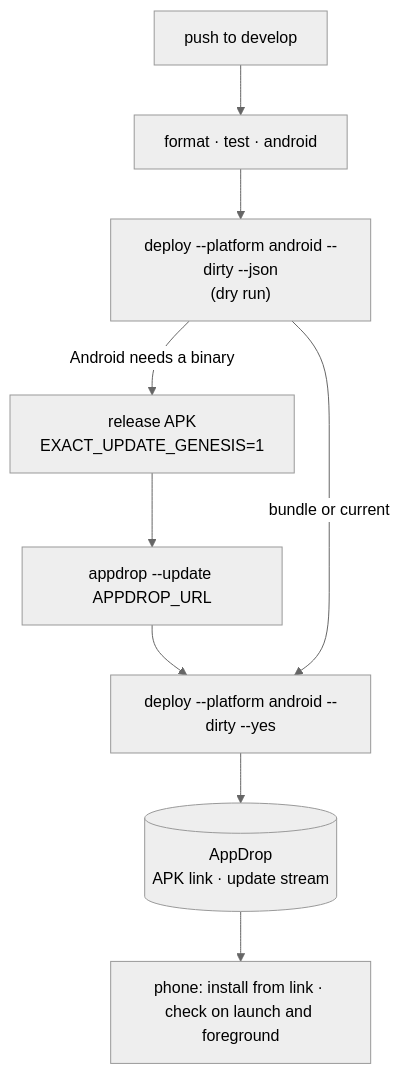
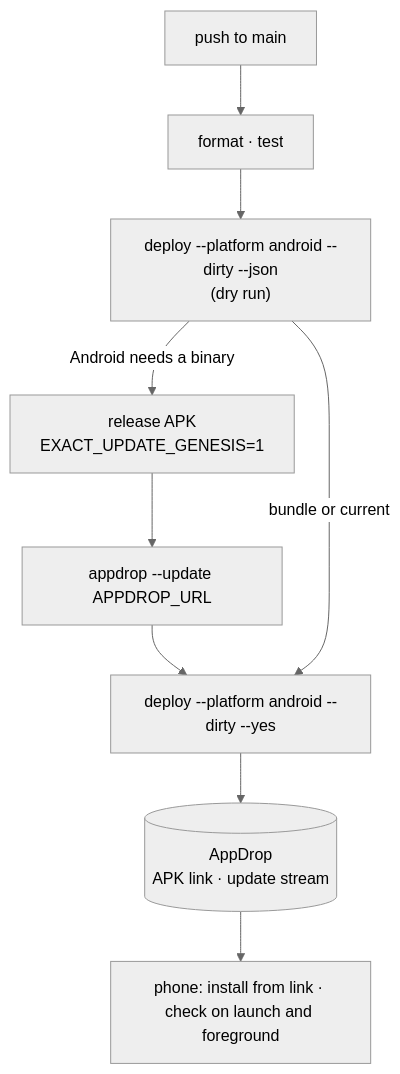
One commit to antoine-bouteiller/koma changed the diagram in doc/architecture/specs/distribution.spec.md. Above: the diagram before and after it, drawn with Mermaid (neutral theme). The commit also changed other lines of this file and 3 other files, not shown here.

````diff
--- a/doc/architecture/specs/distribution.spec.md
+++ b/doc/architecture/specs/distribution.spec.md
@@ -56,11 +57,11 @@
 ```mermaid
 flowchart TB
-  P["push to develop"] --> G["format · test · android"]
+  P["push to main"] --> G["format · test"]
   G --> D["deploy --platform android --dirty --json<br/>(dry run)"]
   D -->|"Android needs a binary"| B["release APK<br/>EXACT_UPDATE_GENESIS=1"]
   B --> U["appdrop --update APPDROP_URL"]
   U --> Y["deploy --platform android --dirty --yes"]
   D -->|"bundle or current"| Y
   Y --> A[("AppDrop<br/>APK link · update stream")]
   A --> Ph["phone: install from link · check on launch and foreground"]
 ```
````
